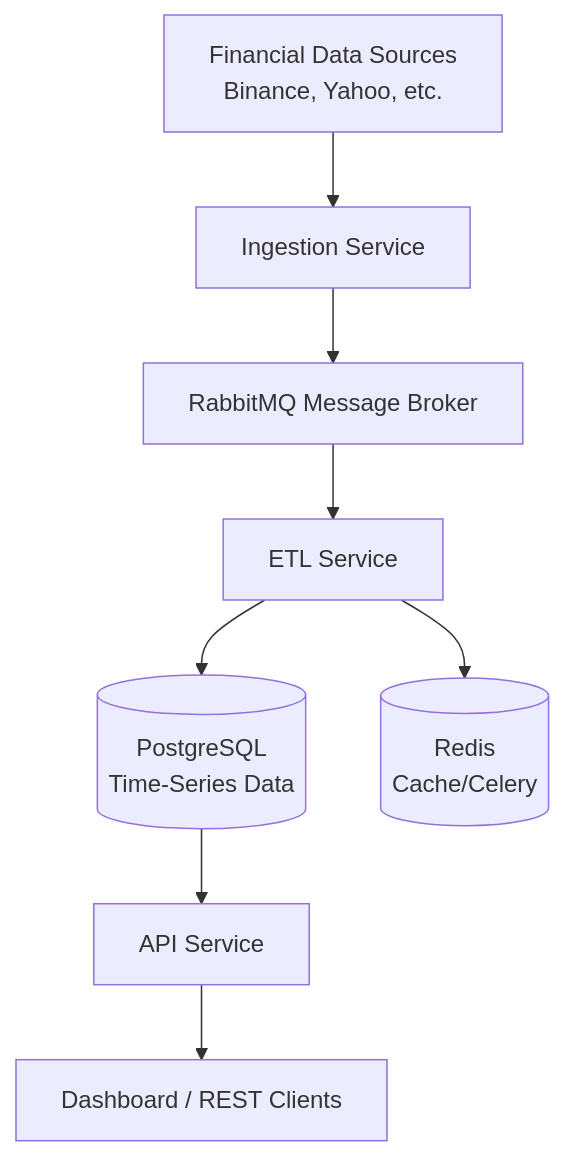
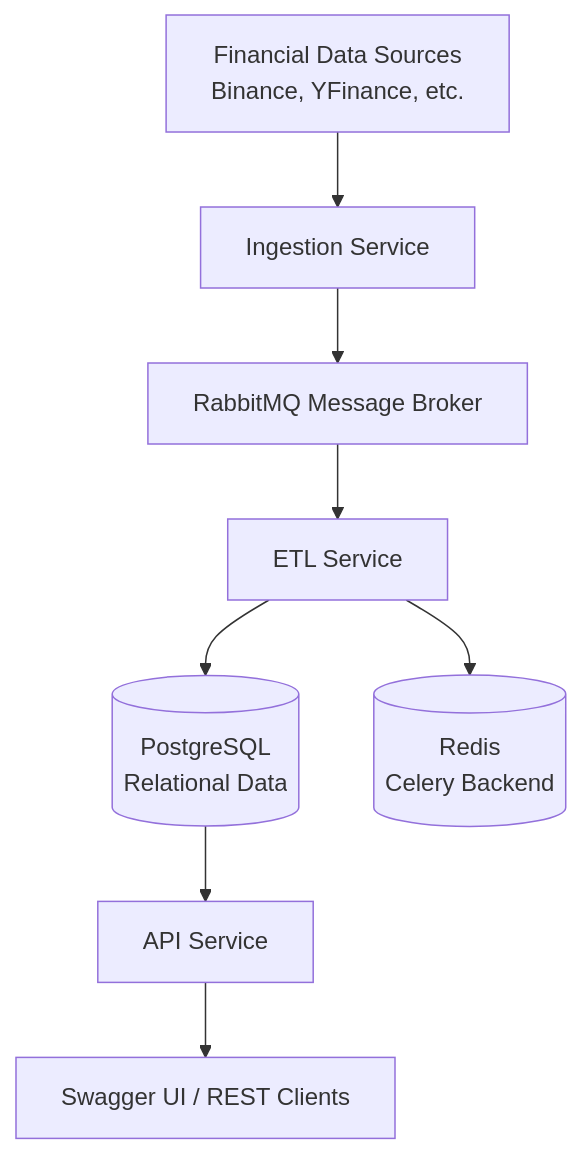
Before and after one commit to zuslok/MarketFlow: the diagram in README.md, drawn with Mermaid. The commit also changed other lines of this file and 2 other files, not shown here.

````diff
--- a/README.md
+++ b/README.md
@@ -11,10 +10,10 @@
 ```mermaid
 graph TD
-    Sources[Financial Data Sources<br/>Binance, Yahoo, etc.] --> Ingestion[Ingestion Service]
+    Sources[Financial Data Sources<br/>Binance, YFinance, etc.] --> Ingestion[Ingestion Service]
     Ingestion --> RabbitMQ[RabbitMQ Message Broker]
     RabbitMQ --> ETL[ETL Service]
-    ETL --> PostgreSQL[(PostgreSQL<br/>Time-Series Data)]
-    ETL --> Redis[(Redis<br/>Cache/Celery)]
+    ETL --> PostgreSQL[(PostgreSQL<br/>Relational Data)]
+    ETL --> Redis[(Redis<br/>Celery Backend)]
     PostgreSQL --> API[API Service]
-    API --> Client[Dashboard / REST Clients]
+    API --> Client[Swagger UI / REST Clients]
 ```
````
